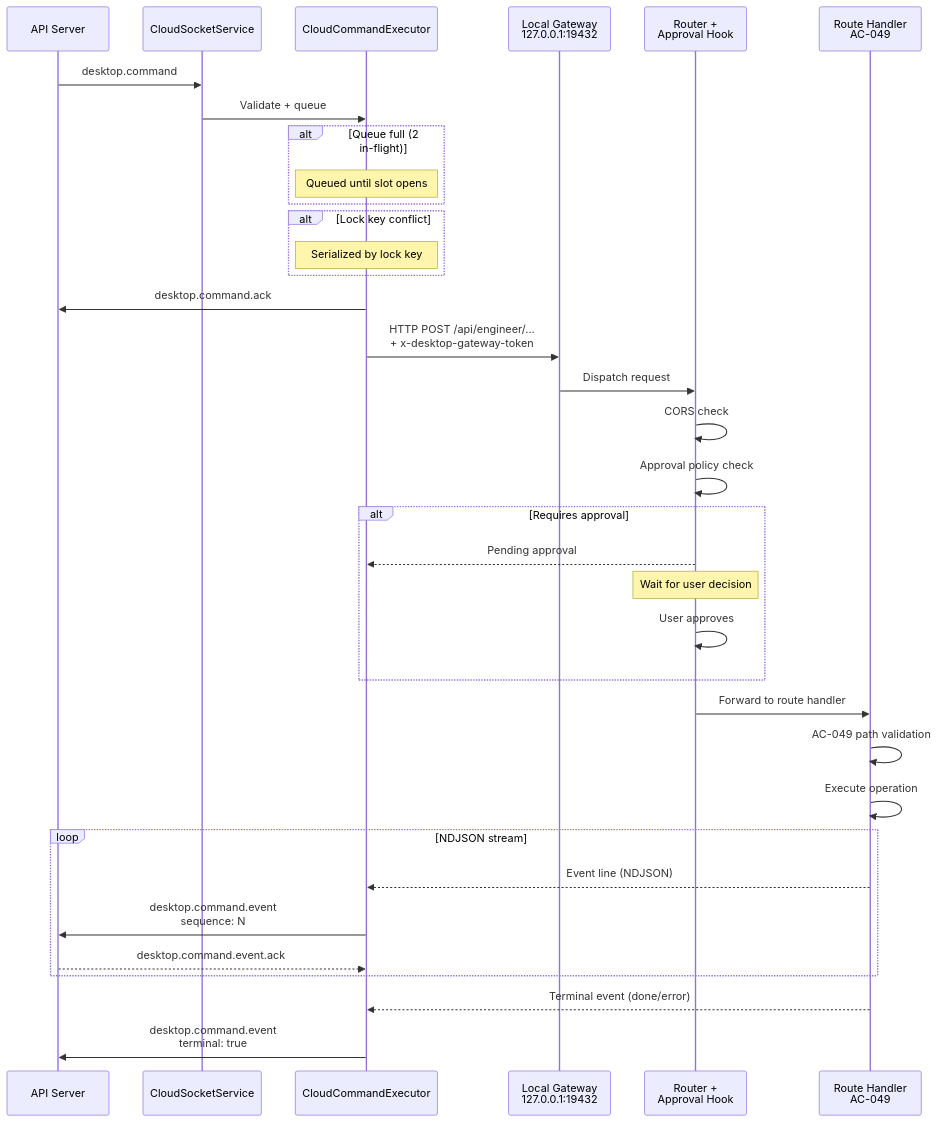
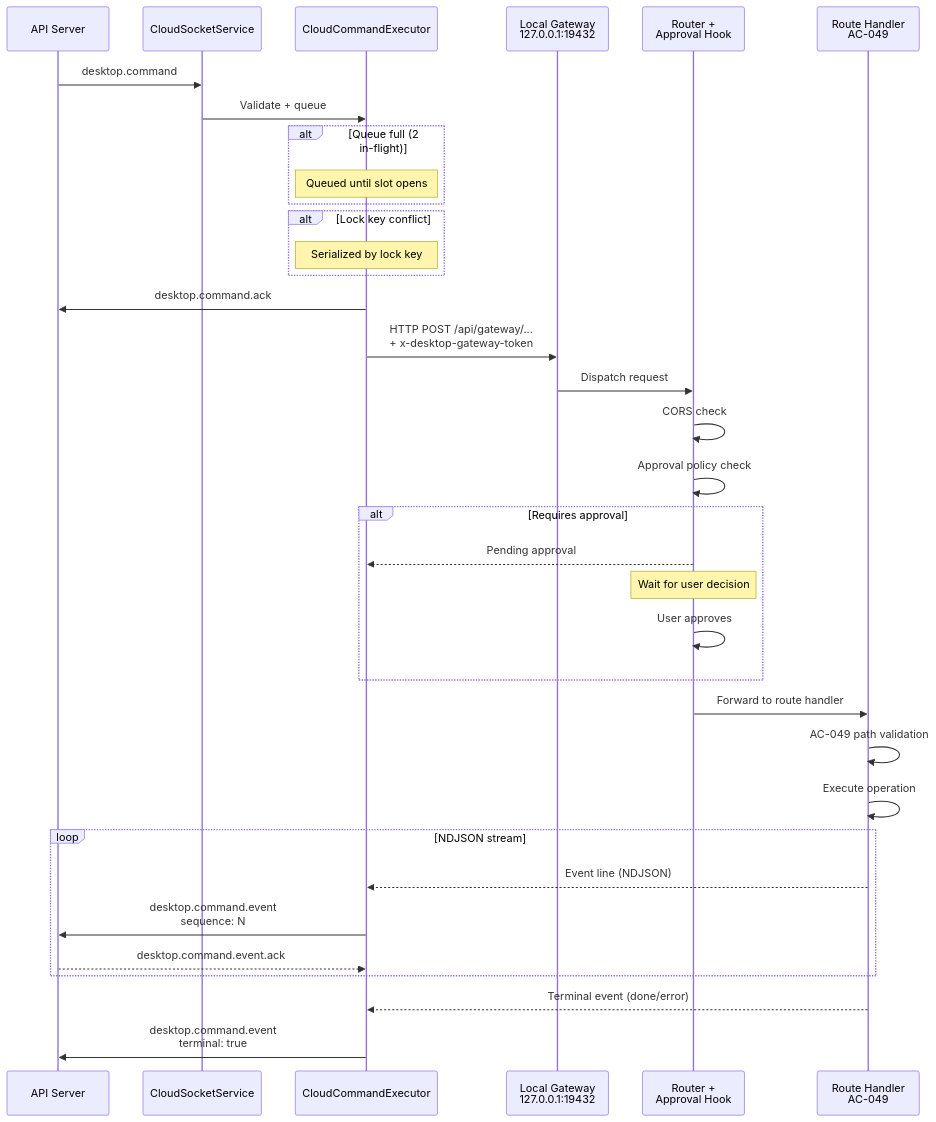
The third of 7 diagrams in docs/artifacts/desktop-electron-architecture.md (closedloop-ai/closedloop-electron), drawn with Mermaid before and after one commit. The commit also changed other lines of this file and 67 other files, not shown here.

First line of the commit message:
PLN-252: Rename /api/engineer to /api/gateway

````diff
--- a/docs/artifacts/desktop-electron-architecture.md
+++ b/docs/artifacts/desktop-electron-architecture.md
@@ -193,46 +193,46 @@
 ```mermaid
 sequenceDiagram
     participant API as API Server
     participant Socket as CloudSocketService
     participant Exec as CloudCommandExecutor
     participant GW as Local Gateway<br/>127.0.0.1:19432
     participant Router as Router +<br/>Approval Hook
     participant Handler as Route Handler<br/>AC-049
 
     API->>Socket: desktop.command
     Socket->>Exec: Validate + queue
 
     alt Queue full (2 in-flight)
         Note over Exec: Queued until slot opens
     end
     alt Lock key conflict
         Note over Exec: Serialized by lock key
     end
 
     Exec->>API: desktop.command.ack
 
-    Exec->>GW: HTTP POST /api/engineer/...<br/>+ x-desktop-gateway-token
+    Exec->>GW: HTTP POST /api/gateway/...<br/>+ x-desktop-gateway-token
 
     GW->>Router: Dispatch request
     Router->>Router: CORS check
     Router->>Router: Approval policy check
 
     alt Requires approval
         Router-->>Exec: Pending approval
         Note over Router: Wait for user decision
         Router->>Router: User approves
     end
 
     Router->>Handler: Forward to route handler
     Handler->>Handler: AC-049 path validation
     Handler->>Handler: Execute operation
 
     loop NDJSON stream
         Handler-->>Exec: Event line (NDJSON)
         Exec->>API: desktop.command.event<br/>sequence: N
         API-->>Exec: desktop.command.event.ack
     end
 
     Handler-->>Exec: Terminal event (done/error)
     Exec->>API: desktop.command.event<br/>terminal: true
 ```
````
